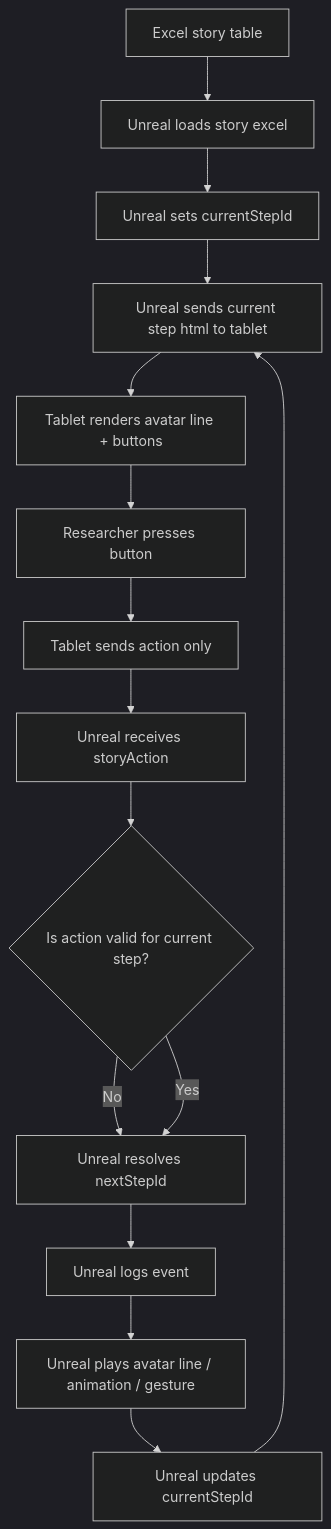
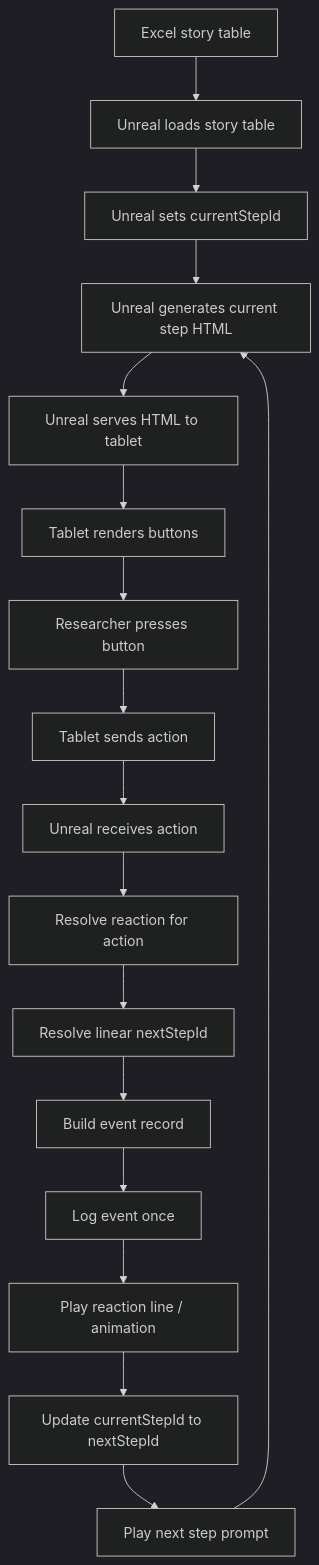
The diagram in ToDo/JamesDev.md (J-Andersen-UvA/ToucanVault), drawn with Mermaid (dark theme) before and after one commit.

Commit message:
vault backup: 2026-06-08 13:29:42

````diff
--- a/ToDo/JamesDev.md
+++ b/ToDo/JamesDev.md
@@ -15,24 +15,24 @@
 ```mermaid
 flowchart TD
-    A[Excel story table]
-    A --> C[Unreal loads story excel]
+    A[Excel story table] --> B[Unreal loads story table]
 
-    C --> E[Unreal sets currentStepId]
-    E --> F[Unreal sends current step html to tablet]
+    B --> C[Unreal sets currentStepId]
+    C --> D[Unreal generates current step HTML]
+    D --> E[Unreal serves HTML to tablet]
 
-    F --> G[Tablet renders avatar line + buttons]
-    G --> H[Researcher presses button]
+    E --> F[Tablet renders buttons]
+    F --> G[Researcher presses button]
 
-    H --> I[Tablet sends action only]
-    I --> J[Unreal receives storyAction]
+    G --> H[Tablet sends action]
+    H --> I[Unreal receives action]
 
-    J --> K{Is action valid for current step?}
+    I --> J[Resolve reaction for action]
+    J --> K[Resolve linear nextStepId]
+    K --> L[Build event record]
+    L --> M[Log event once]
 
-    K -- No --> M[Reject action]
-
-    K -- Yes --> M[Unreal resolves nextStepId]
-    M --> N[Unreal logs event]
-    N --> O[Unreal plays avatar line / animation / gesture]
-    O --> P[Unreal updates currentStepId]
-    P --> F
+    M --> N[Play reaction line / animation]
+    N --> O[Update currentStepId to nextStepId]
+    O --> P[Play next step prompt]
+    P --> D
 ```
````
